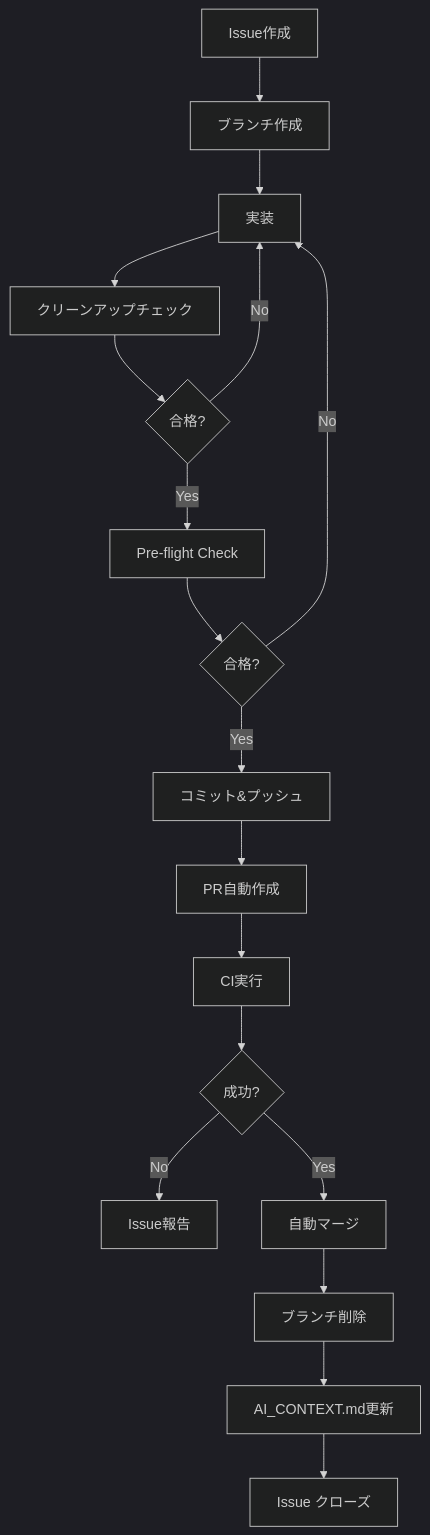
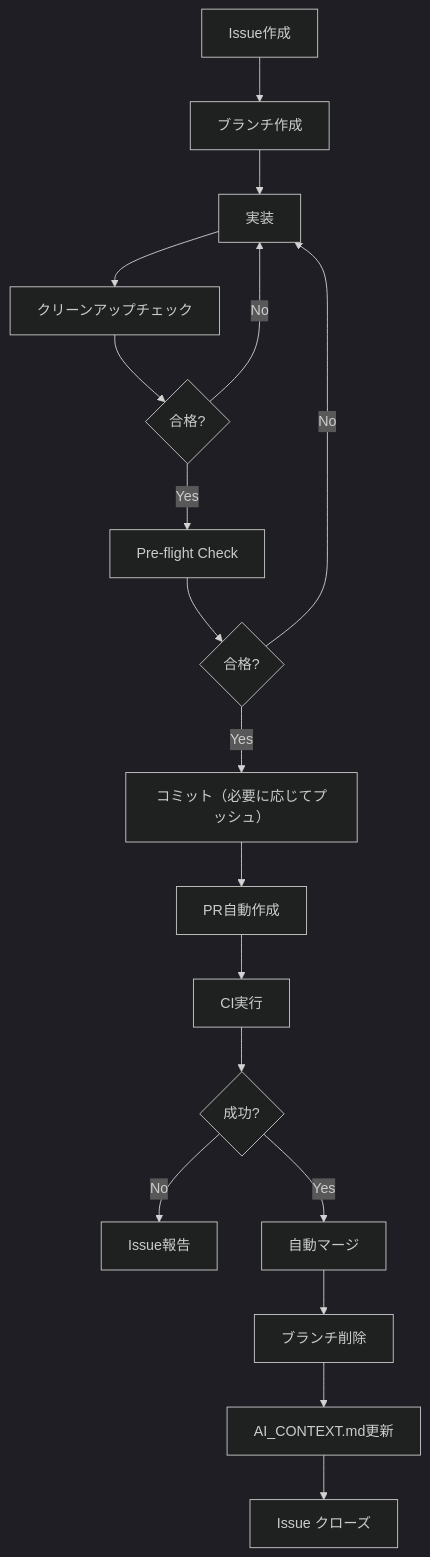
Before and after one commit to YuShimoji/shared-workflows: the diagram in docs/Windsurf_AI_Collab_Rules_v2.0.md, drawn with Mermaid (dark theme). The commit also changed other lines of this file and 3 other files, not shown here.

````diff
--- a/docs/Windsurf_AI_Collab_Rules_v2.0.md
+++ b/docs/Windsurf_AI_Collab_Rules_v2.0.md
@@ -626,20 +628,20 @@
 ```mermaid
 graph TD
     A[Issue作成] --> B[ブランチ作成]
     B --> C[実装]
     C --> D[クリーンアップチェック]
     D --> E{合格?}
     E -->|No| C
     E -->|Yes| F[Pre-flight Check]
     F --> G{合格?}
     G -->|No| C
-    G -->|Yes| H[コミット&プッシュ]
+    G -->|Yes| H[コミット（必要に応じてプッシュ）]
     H --> I[PR自動作成]
     I --> J[CI実行]
     J --> K{成功?}
     K -->|No| L[Issue報告]
     K -->|Yes| M[自動マージ]
     M --> N[ブランチ削除]
     N --> O[AI_CONTEXT.md更新]
     O --> P[Issue クローズ]
 ```
````
